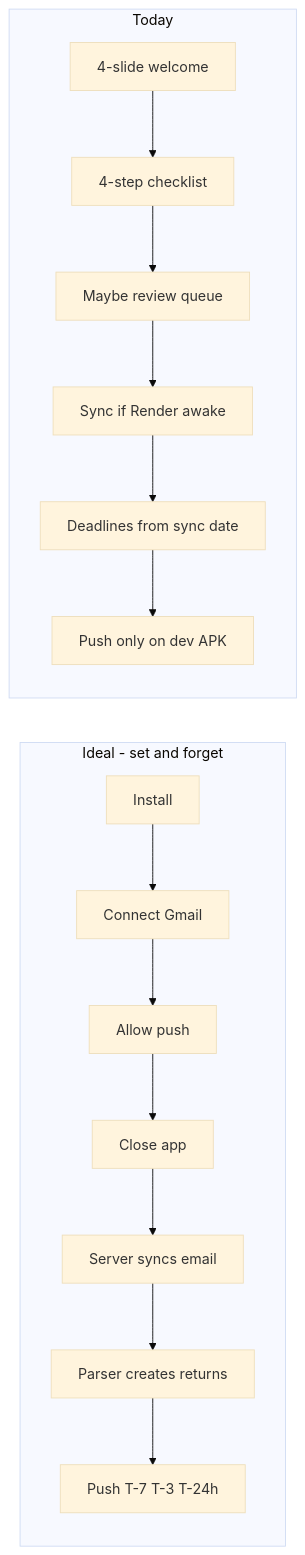
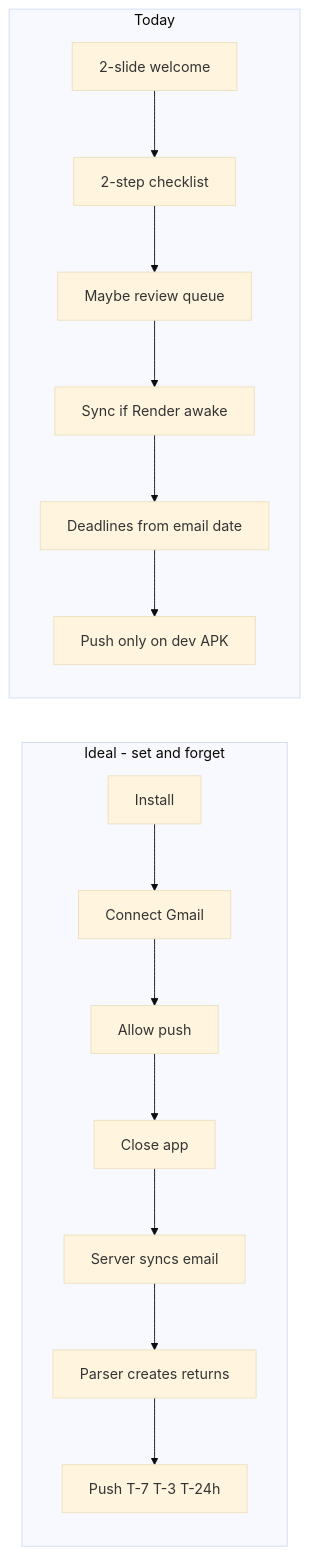
One commit to ahmed5145/ReturnRider changed the diagram in docs/NORTH_STAR_AUDIT.md. Above: the diagram before and after it, drawn with Mermaid (base theme). The commit also changed other lines of this file and 20 other files, not shown here.

````diff
--- a/docs/NORTH_STAR_AUDIT.md
+++ b/docs/NORTH_STAR_AUDIT.md
@@ -24,19 +24,19 @@
 ```mermaid
 flowchart LR
   subgraph ideal [Ideal - set and forget]
     A[Install] --> B[Connect Gmail]
     B --> C[Allow push]
     C --> D[Close app]
     D --> E[Server syncs email]
     E --> F[Parser creates returns]
     F --> G[Push T-7 T-3 T-24h]
   end
 
   subgraph today [Today]
-    B2[4-slide welcome] --> C2[4-step checklist]
+    B2[2-slide welcome] --> C2[2-step checklist]
     C2 --> D2[Maybe review queue]
     D2 --> E2[Sync if Render awake]
-    E2 --> F2[Deadlines from sync date]
+    E2 --> F2[Deadlines from email date]
     F2 --> G2[Push only on dev APK]
   end
 ```
````
